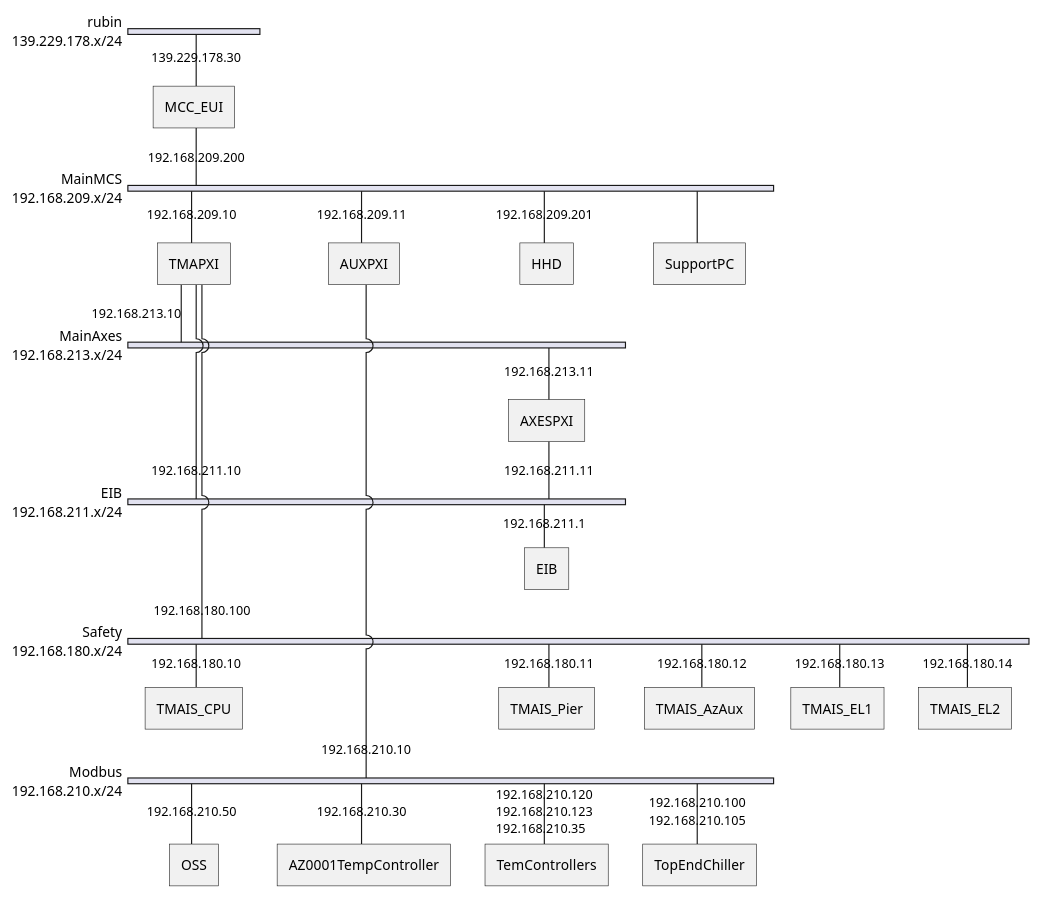
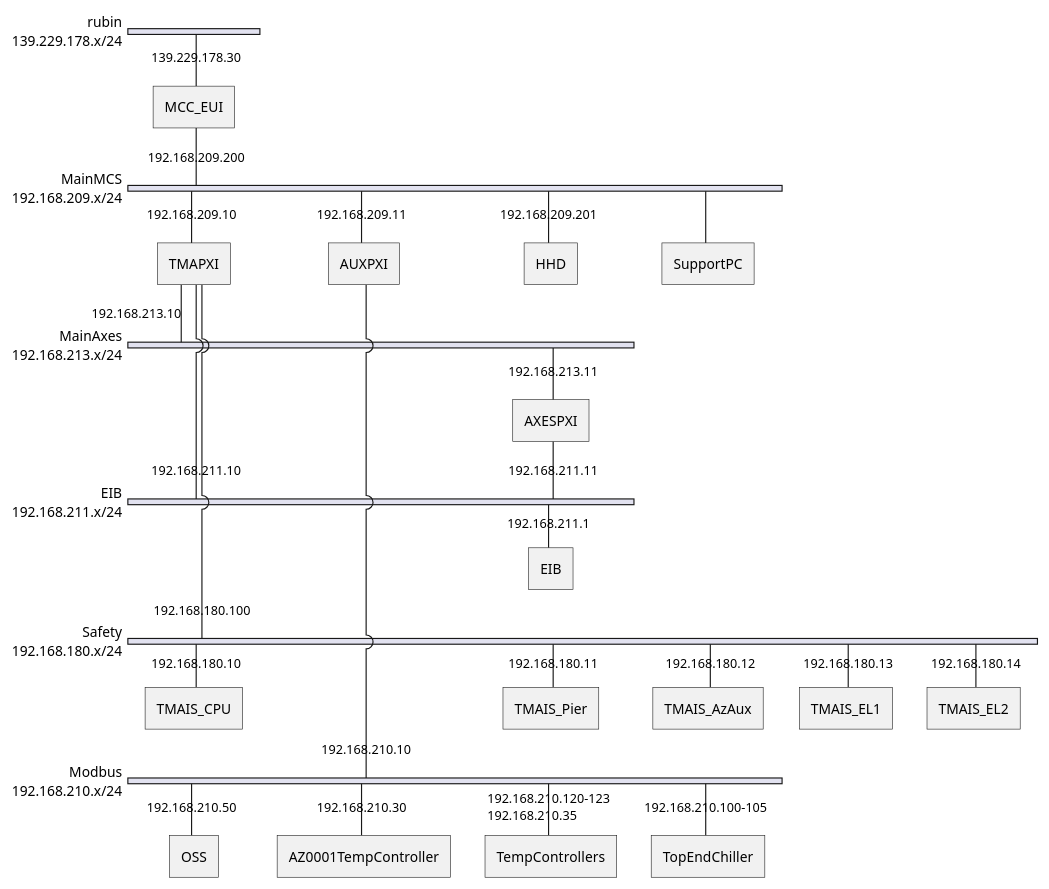
The diagram in README.md (lsst-ts/ts_tma_tma-documentation_ethernet-conexions), drawn with PlantUML before and after one commit. The commit also changed other lines of this file, not shown here.

````diff
--- a/README.md
+++ b/README.md
@@ -23,48 +25,48 @@
 ```plantuml
 @startuml
 
 nwdiag {
     network rubin {
         address = "139.229.178.x/24"
         MCC_EUI [address = "139.229.178.30"]
     }
     network MainMCS{
         address = "192.168.209.x/24";
         MCC_EUI [address = "192.168.209.200"]
         TMAPXI [address = "192.168.209.10"]
         AUXPXI [address = "192.168.209.11"]
         HHD [address = "192.168.209.201"]
         SupportPC
     }
     network MainAxes{
         address = "192.168.213.x/24";
         AXESPXI [address ="192.168.213.11"]
         TMAPXI [address = "192.168.213.10"]
     }
     network EIB{
         address ="192.168.211.x/24"
         TMAPXI [address = "192.168.211.10"]
         AXESPXI [address = "192.168.211.11"]
         EIB [address = "192.168.211.1"]
     }
     network Safety{
         address ="192.168.180.x/24"
         TMAPXI [address = "192.168.180.100"]
         TMAIS_CPU [address = "192.168.180.10"]
         TMAIS_Pier [address = "192.168.180.11"]
         TMAIS_AzAux [address = "192.168.180.12"]
         TMAIS_EL1 [address = "192.168.180.13"] 
         TMAIS_EL2 [address = "192.168.180.14"]
     }
     network Modbus{
         address ="192.168.210.x/24"
         AUXPXI [address = "192.168.210.10"]
         OSS [address = "192.168.210.50"]
         AZ0001TempController [address = "192.168.210.30"]
-        TemControllers [address = "192.168.210.120, 192.168.210.123, 192.168.210.35"]
-        TopEndChiller [address = "192.168.210.100, 192.168.210.105"]
+        TempControllers [address = "192.168.210.120-123, 192.168.210.35"]
+        TopEndChiller [address = "192.168.210.100-105"]
     }
 }
 
 @enduml
 ```
````
